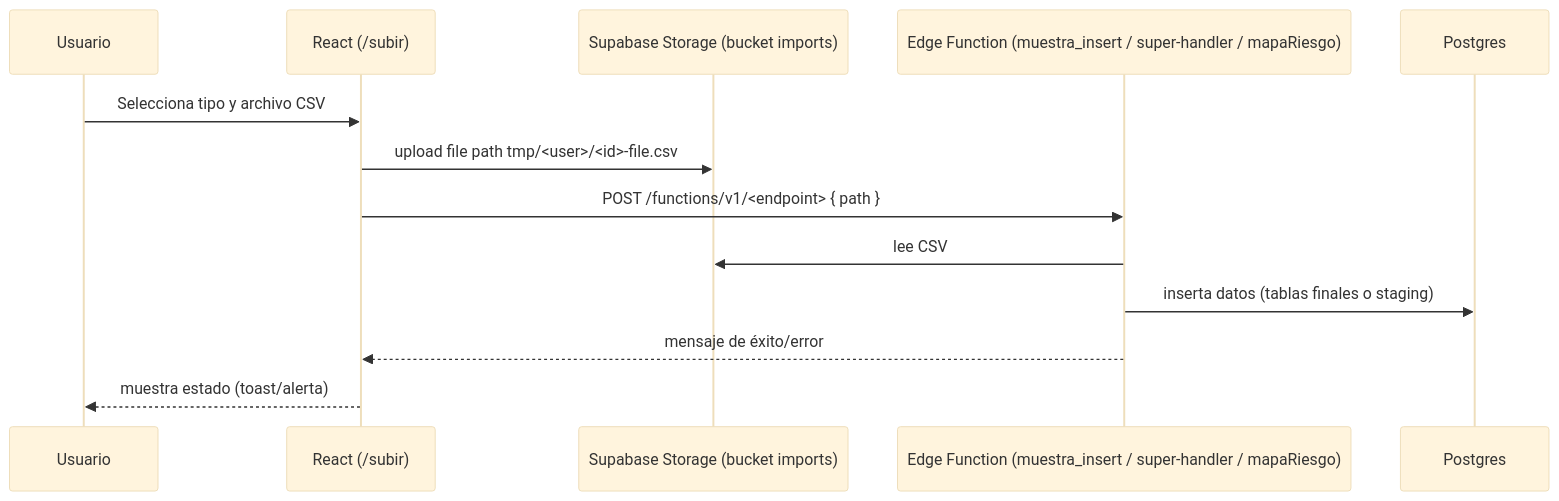
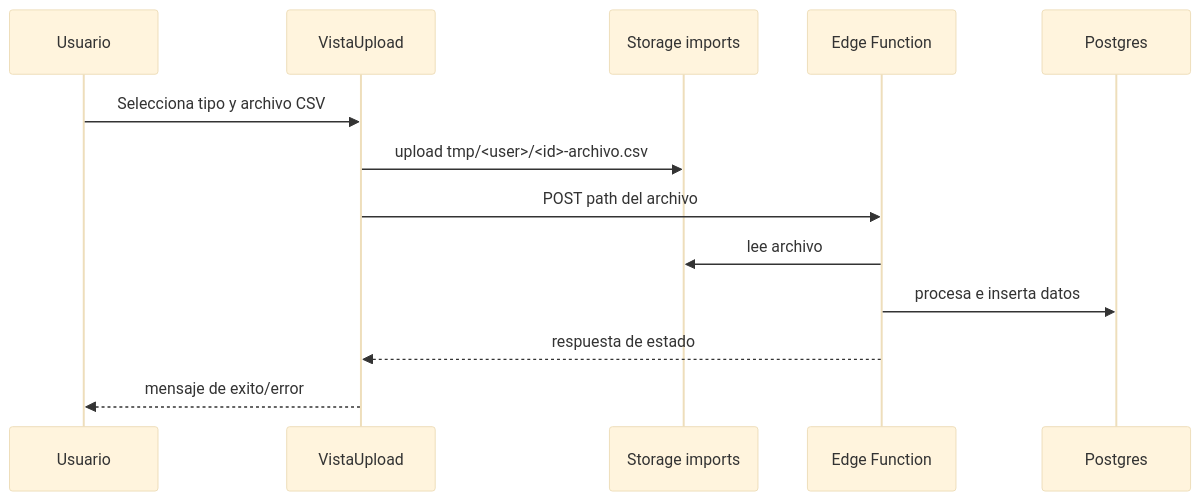
The fifth of 8 diagrams in docs/diagramas.md (jhojan16/UESvalle-Sistema-de-Gestion), drawn with Mermaid (base theme) before and after one commit. The commit also changed other lines of this file and 7 other files, not shown here.

````diff
--- a/docs/diagramas.md
+++ b/docs/diagramas.md
@@ -51,16 +116,16 @@
 ```mermaid
 sequenceDiagram
   participant U as Usuario
-  participant SPA as React (/subir)
-  participant Storage as Supabase Storage (bucket imports)
-  participant Edge as Edge Function (muestra_insert / super-handler / mapaRiesgo)
+  participant UI as VistaUpload
+  participant S as Storage imports
+  participant F as Edge Function
   participant DB as Postgres
 
-  U->>SPA: Selecciona tipo y archivo CSV
-  SPA->>Storage: upload file path tmp/<user>/<id>-file.csv
-  SPA->>Edge: POST /functions/v1/<endpoint> { path }
-  Edge->>Storage: lee CSV
-  Edge->>DB: inserta datos (tablas finales o staging)
-  Edge-->>SPA: mensaje de éxito/error
-  SPA-->>U: muestra estado (toast/alerta)
+  U->>UI: Selecciona tipo y archivo CSV
+  UI->>S: upload tmp/<user>/<id>-archivo.csv
+  UI->>F: POST path del archivo
+  F->>S: lee archivo
+  F->>DB: procesa e inserta datos
+  F-->>UI: respuesta de estado
+  UI-->>U: mensaje de exito/error
 ```
````
